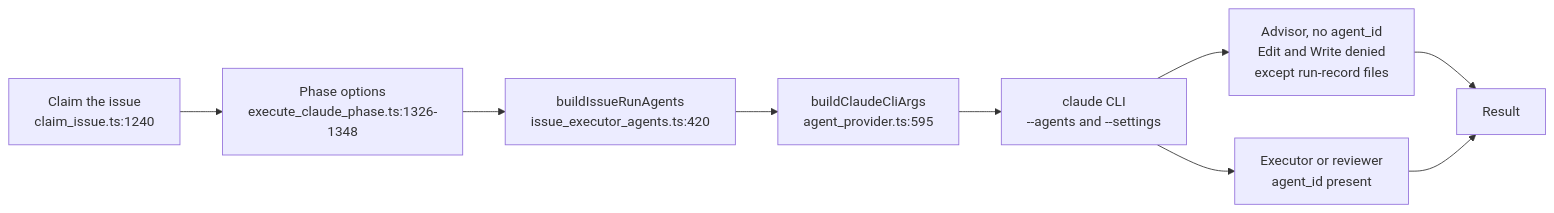
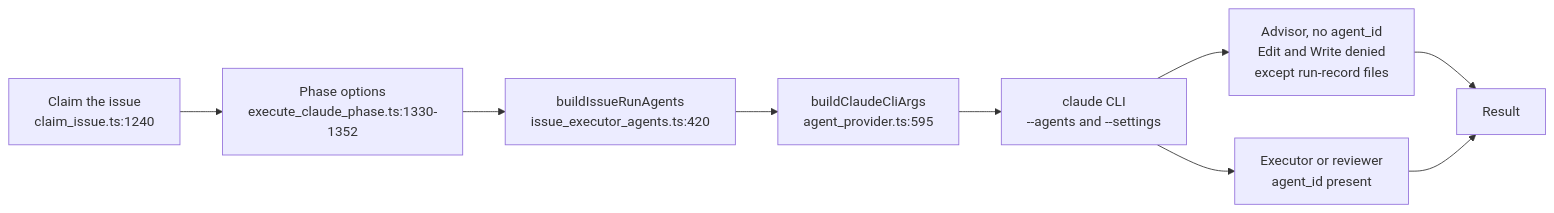
One commit to stSoftwareAU/VibeCoder changed the first of 4 diagrams in docs/MANAGER-WORKER-CONTRACT.md. Above: the diagram before and after it, drawn with Mermaid. The commit also changed other lines of this file and 11 other files, not shown here.

````diff
--- a/docs/MANAGER-WORKER-CONTRACT.md
+++ b/docs/MANAGER-WORKER-CONTRACT.md
@@ -209,11 +209,11 @@
 ```mermaid
 flowchart LR
-  A["Claim the issue<br/>claim_issue.ts:1240"] --> B["Phase options<br/>execute_claude_phase.ts:1326-1348"]
+  A["Claim the issue<br/>claim_issue.ts:1240"] --> B["Phase options<br/>execute_claude_phase.ts:1330-1352"]
   B --> C["buildIssueRunAgents<br/>issue_executor_agents.ts:420"]
   C --> D["buildClaudeCliArgs<br/>agent_provider.ts:595"]
   D --> E["claude CLI<br/>--agents and --settings"]
   E --> F["Advisor, no agent_id<br/>Edit and Write denied<br/>except run-record files"]
   E --> G["Executor or reviewer<br/>agent_id present"]
   F --> H["Result"]
   G --> H
 ```
````
